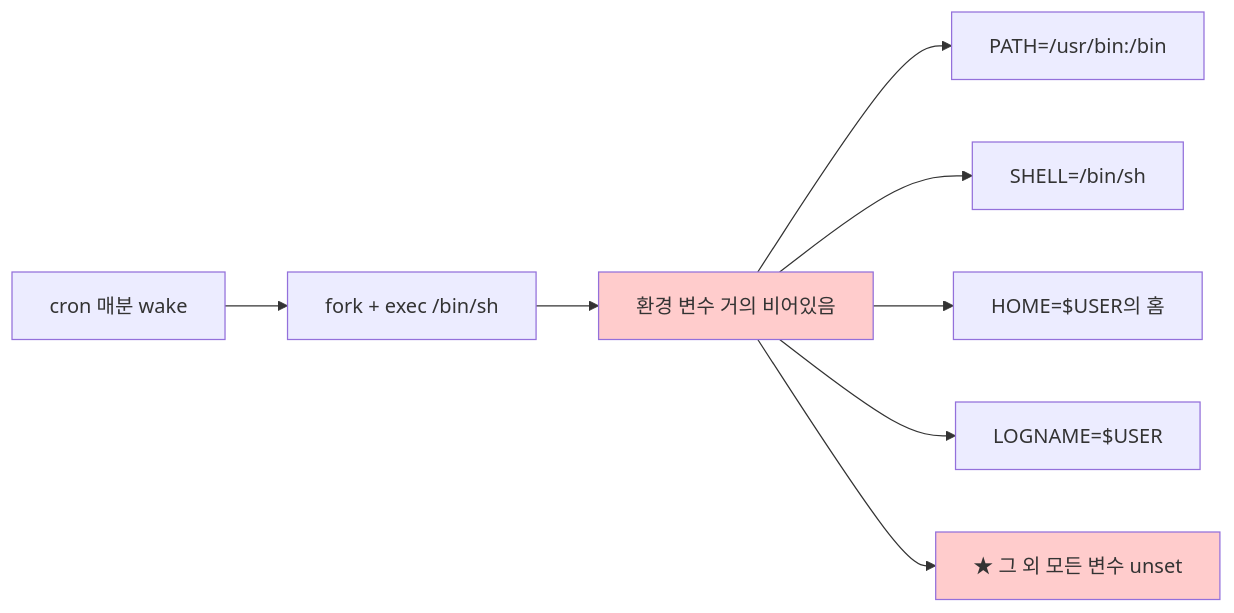
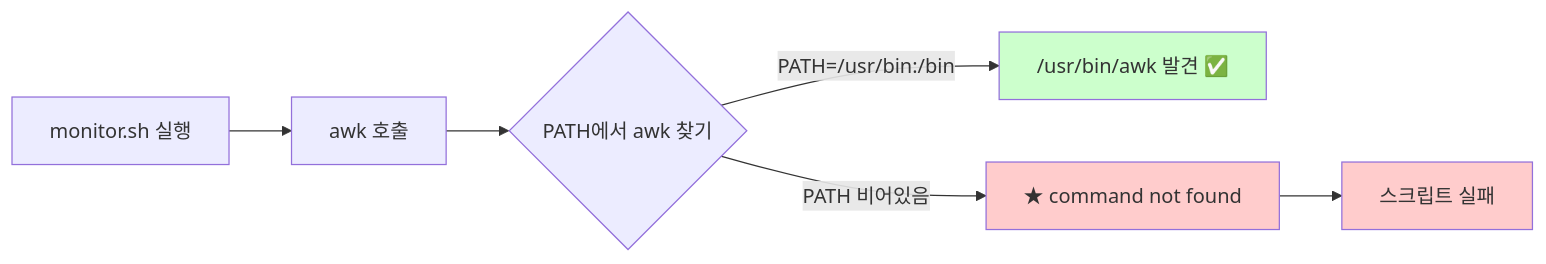
Before and after one commit to codewhite7777/codyssey_notes: the first of 2 diagrams in codyssey_b1_1_study/cron-environment-gotchas.md, drawn with Mermaid. The commit also changed other lines of this file and 4 other files, not shown here.

````diff
--- a/codyssey_b1_1_study/cron-environment-gotchas.md
+++ b/codyssey_b1_1_study/cron-environment-gotchas.md
@@ -21,13 +173,12 @@
 ```mermaid
 flowchart LR
-    A["cron 매분 wake"] --> B[fork + exec /bin/sh]
-    B --> C["환경 변수 거의 비어있음"]
-    C --> D["PATH=/usr/bin:/bin"]
-    C --> E["SHELL=/bin/sh"]
-    C --> F["HOME=$USER의 홈"]
-    C --> G["LOGNAME=$USER"]
-    C --> H["★ 그 외 모든 변수 unset"]
+    A["monitor.sh 실행"] --> B["awk 호출"]
+    B --> C{PATH에서 awk 찾기}
+    C -->|"PATH=/usr/bin:/bin"| D["/usr/bin/awk 발견 ✅"]
+    C -->|"PATH 비어있음"| E["★ command not found"]
+    E --> F["스크립트 실패"]
 
-    style C fill:#ffcccc
-    style H fill:#ffcccc
+    style E fill:#ffcccc
+    style F fill:#ffcccc
+    style D fill:#ccffcc
 ```
````
